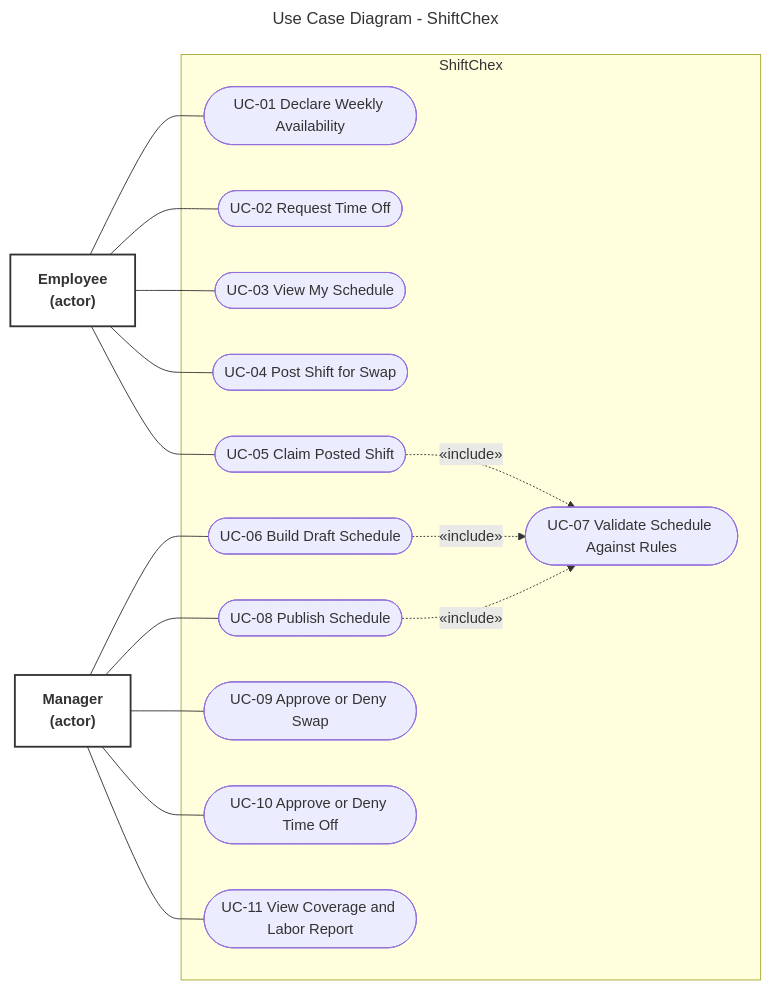
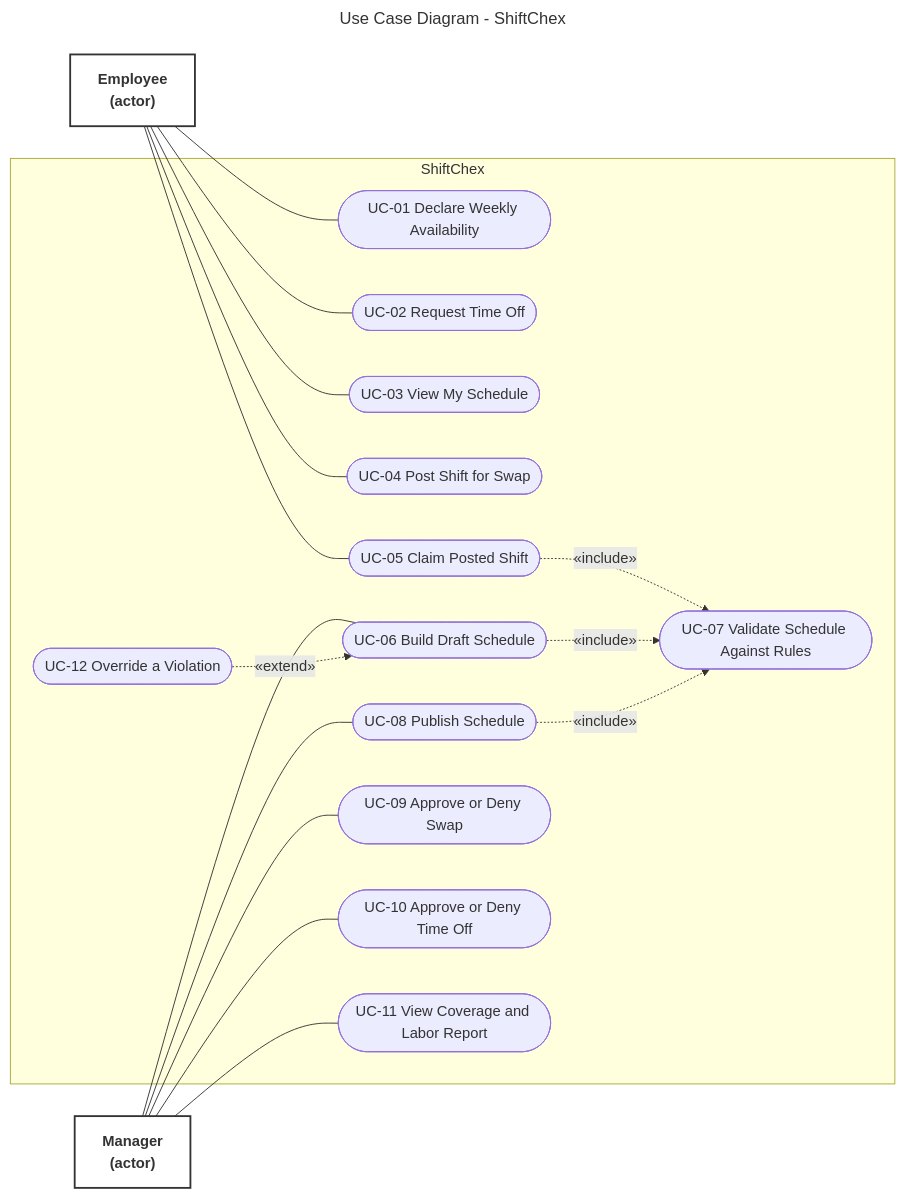
One commit to perfettiful/ShiftChex changed the diagram in diagrams/usecase.mmd. Above: the diagram before and after it, drawn with Mermaid. The commit also changed 8 other files, not shown here.

Commit message:
update diagrams

```diff
--- a/diagrams/usecase.mmd
+++ b/diagrams/usecase.mmd
@@ -1,33 +1,35 @@
 ---
 title: Use Case Diagram - ShiftChex
 ---
 %% mermaid doesn't do use case diagrams either, so we fake it. rounded
 %% shapes are the use cases, the subgraph is the system boundary and the
 %% dashed arrows are includes. both actors are on the left so the include
 %% arrows all point the same way
 flowchart LR
     Employee["Employee<br/>(actor)"]:::actor
     Manager["Manager<br/>(actor)"]:::actor
 
     subgraph ShiftChex
         UC01(["UC-01 Declare Weekly Availability"])
         UC02(["UC-02 Request Time Off"])
         UC03(["UC-03 View My Schedule"])
         UC04(["UC-04 Post Shift for Swap"])
         UC05(["UC-05 Claim Posted Shift"])
         UC06(["UC-06 Build Draft Schedule"])
         UC08(["UC-08 Publish Schedule"])
         UC09(["UC-09 Approve or Deny Swap"])
         UC10(["UC-10 Approve or Deny Time Off"])
         UC11(["UC-11 View Coverage and Labor Report"])
         UC07(["UC-07 Validate Schedule Against Rules"])
+        UC12(["UC-12 Override a Violation"])
     end
 
     Employee --- UC01 & UC02 & UC03 & UC04 & UC05
     Manager --- UC06 & UC08 & UC09 & UC10 & UC11
 
     UC05 -. «include» .-> UC07
     UC06 -. «include» .-> UC07
+    UC12 -. «extend» .-> UC06
     UC08 -. «include» .-> UC07
 
     classDef actor fill:#ffffff,stroke:#333333,stroke-width:2px,font-weight:bold
```
